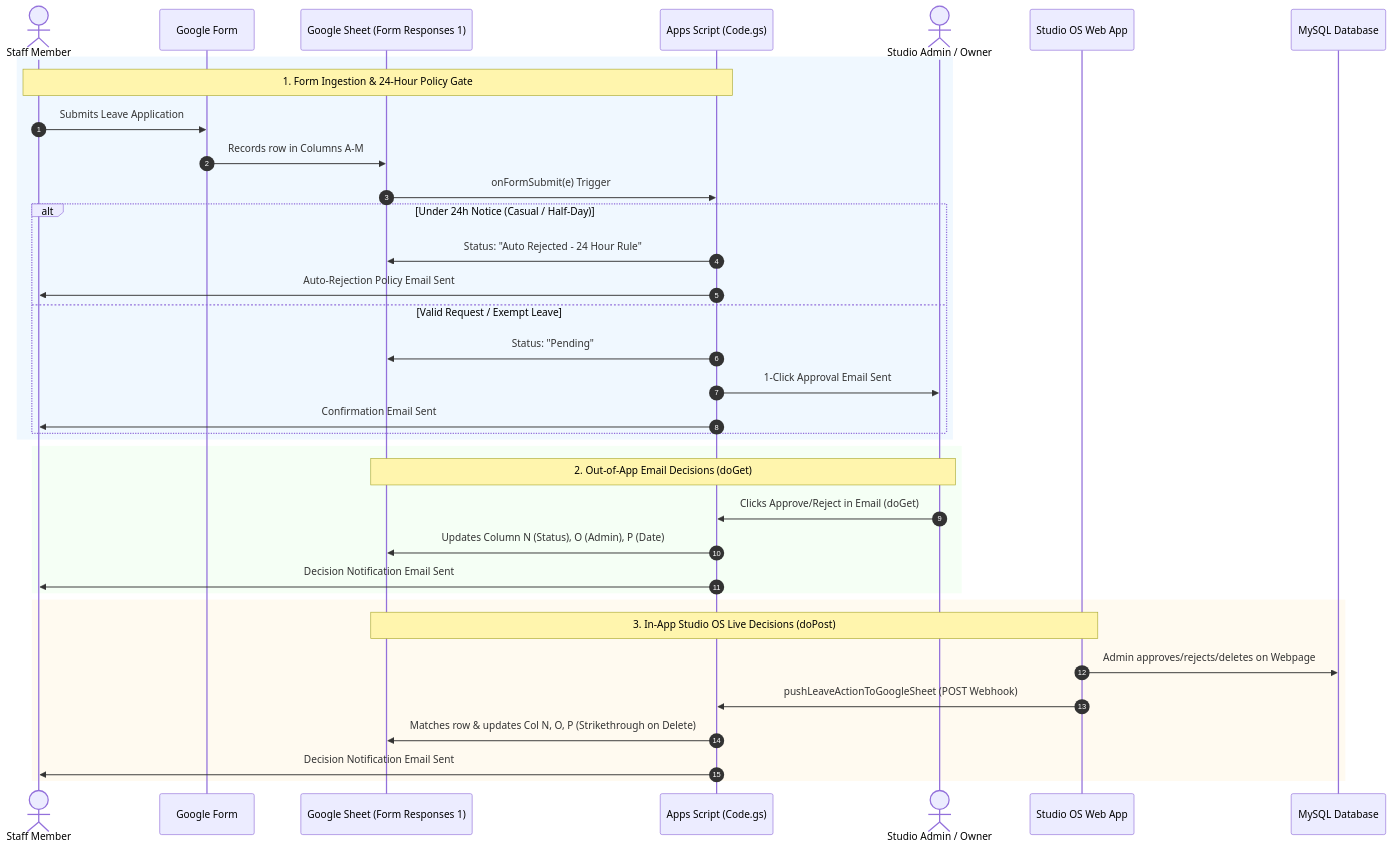
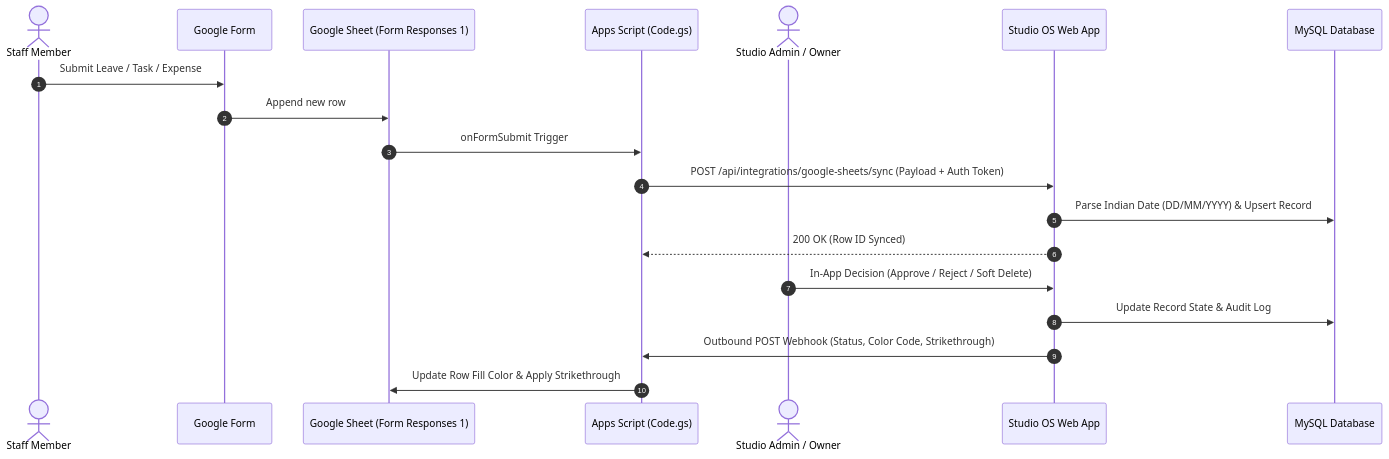
Before and after one commit to SakshamLanjewarDS/miniEmployeeManagementSoftware: the second of 2 diagrams in PROJECT.md, drawn with Mermaid. The commit also changed other lines of this file and 43 other files, not shown here.

````diff
--- a/PROJECT.md
+++ b/PROJECT.md
@@ -86,41 +131,23 @@
 ```mermaid
 sequenceDiagram
     autonumber
     actor Employee as Staff Member
     participant Form as Google Form
     participant Sheet as Google Sheet (Form Responses 1)
     participant GAS as Apps Script (Code.gs)
     actor Admin as Studio Admin / Owner
     participant Studio as Studio OS Web App
     participant DB as MySQL Database
 
-    rect rgb(240, 248, 255)
-    Note over Employee, GAS: 1. Form Ingestion & 24-Hour Policy Gate
-    Employee->>Form: Submits Leave Application
-    Form->>Sheet: Records row in Columns A-M
-    Sheet->>GAS: onFormSubmit(e) Trigger
-    alt Under 24h Notice (Casual / Half-Day)
-        GAS->>Sheet: Status: "Auto Rejected - 24 Hour Rule"
-        GAS->>Employee: Auto-Rejection Policy Email Sent
-    else Valid Request / Exempt Leave
-        GAS->>Sheet: Status: "Pending"
-        GAS->>Admin: 1-Click Approval Email Sent
-        GAS->>Employee: Confirmation Email Sent
-    end
-    end
-
-    rect rgb(245, 255, 245)
-    Note over Admin, Sheet: 2. Out-of-App Email Decisions (doGet)
-    Admin->>GAS: Clicks Approve/Reject in Email (doGet)
-    GAS->>Sheet: Updates Column N (Status), O (Admin), P (Date)
-    GAS->>Employee: Decision Notification Email Sent
-    end
-
-    rect rgb(255, 250, 240)
-    Note over Studio, Sheet: 3. In-App Studio OS Live Decisions (doPost)
-    Studio->>DB: Admin approves/rejects/deletes on Webpage
-    Studio->>GAS: pushLeaveActionToGoogleSheet (POST Webhook)
-    GAS->>Sheet: Matches row & updates Col N, O, P (Strikethrough on Delete)
-    GAS->>Employee: Decision Notification Email Sent
-    end
+    Employee->>Form: Submit Leave / Task / Expense
+    Form->>Sheet: Append new row
+    Sheet->>GAS: onFormSubmit Trigger
+    GAS->>Studio: POST /api/integrations/google-sheets/sync (Payload + Auth Token)
+    Studio->>DB: Parse Indian Date (DD/MM/YYYY) & Upsert Record
+    Studio-->>GAS: 200 OK (Row ID Synced)
+    
+    Admin->>Studio: In-App Decision (Approve / Reject / Soft Delete)
+    Studio->>DB: Update Record State & Audit Log
+    Studio->>GAS: Outbound POST Webhook (Status, Color Code, Strikethrough)
+    GAS->>Sheet: Update Row Fill Color & Apply Strikethrough
 ```
````
